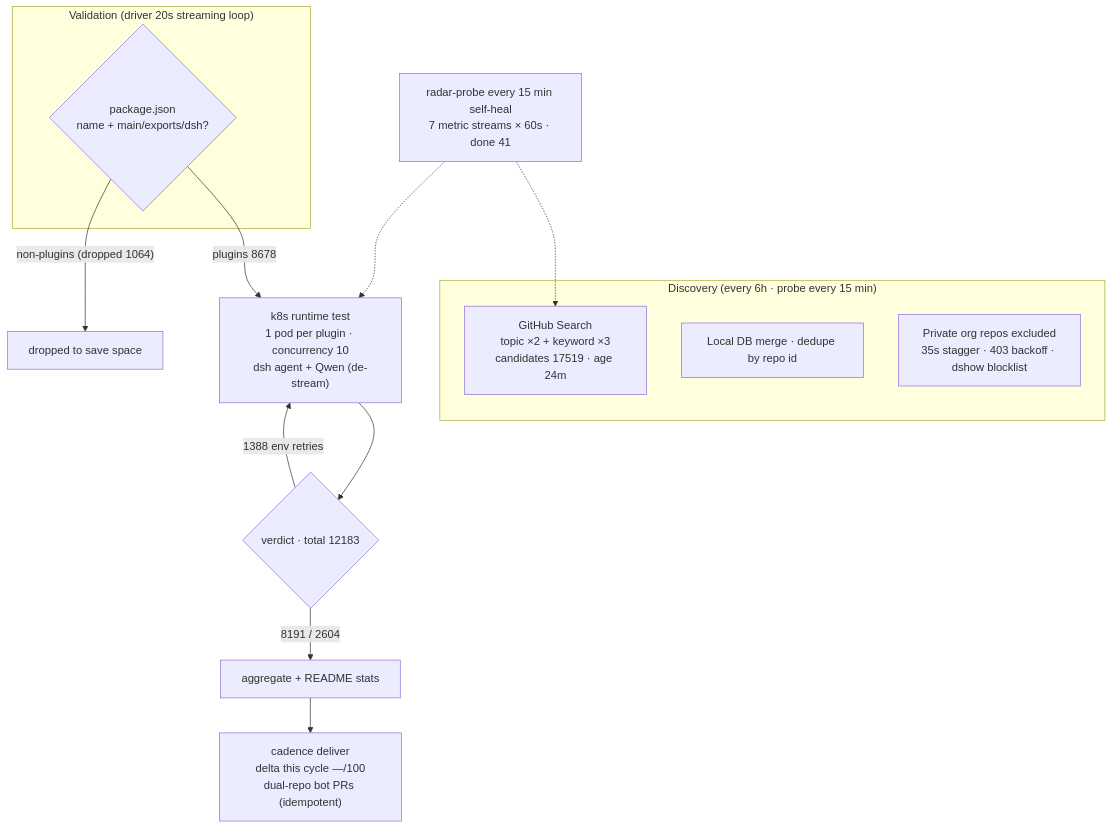
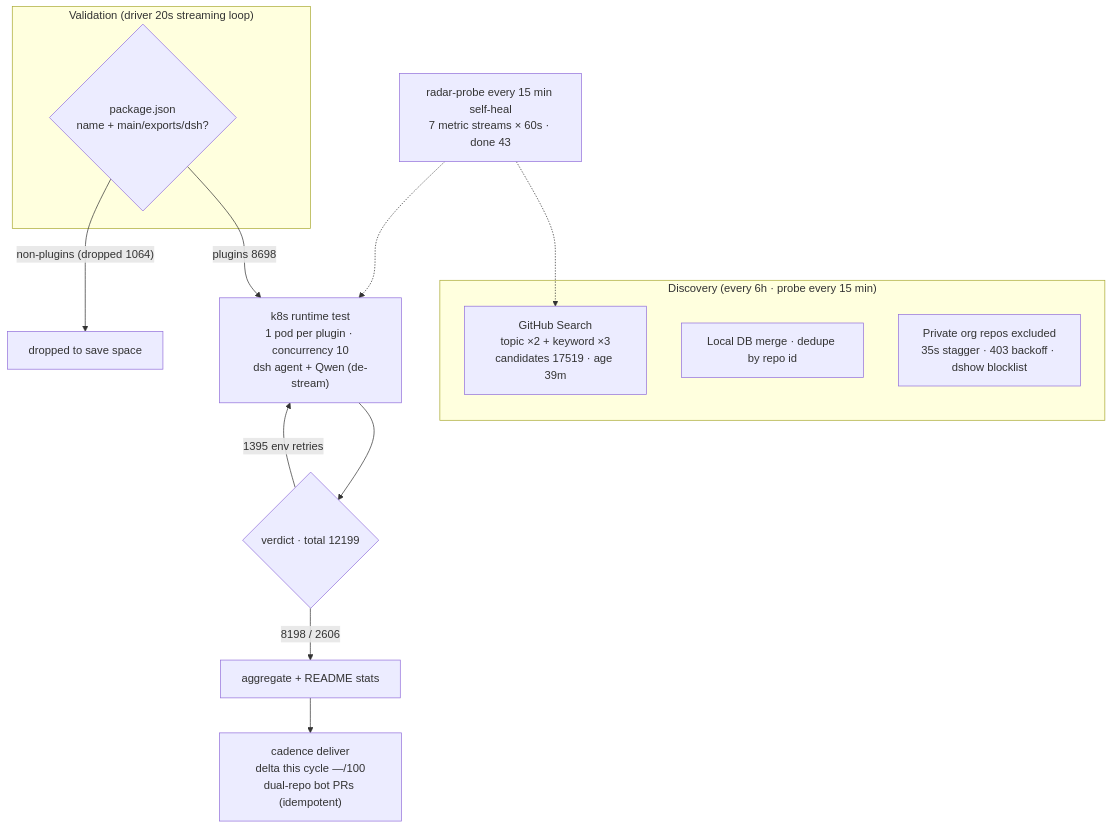
The diagram in README.en-US.md (AdamPlatin123/awesome-dsh-plugins), drawn with Mermaid before and after one commit. The commit also changed other lines of this file and 5 other files, not shown here.

````diff
--- a/README.en-US.md
+++ b/README.en-US.md
@@ -45,20 +45,20 @@
 ```mermaid
 flowchart TB
     subgraph Discovery["Discovery (every 6h · probe every 15 min)"]
-        A1["GitHub Search<br/>topic ×2 + keyword ×3<br/>candidates 17519 · age 24m"]
+        A1["GitHub Search<br/>topic ×2 + keyword ×3<br/>candidates 17519 · age 39m"]
         A2["Local DB merge · dedupe by repo id"]
         A3["Private org repos excluded<br/>35s stagger · 403 backoff · dshow blocklist"]
     end
     subgraph Validation["Validation (driver 20s streaming loop)"]
         B1{"package.json<br/>name + main/exports/dsh?"}
     end
-    B1 -->|"plugins 8678"| C1["k8s runtime test<br/>1 pod per plugin · concurrency 10<br/>dsh agent + Qwen (de-stream)"]
+    B1 -->|"plugins 8698"| C1["k8s runtime test<br/>1 pod per plugin · concurrency 10<br/>dsh agent + Qwen (de-stream)"]
     B1 -->|"non-plugins (dropped 1064)"| B3["dropped to save space"]
-    C1 --> D1{"verdict · total 12183"}
-    D1 -->|"8191 / 2604"| E1["aggregate + README stats"]
-    D1 -->|"1388 env retries"| C1
+    C1 --> D1{"verdict · total 12199"}
+    D1 -->|"8198 / 2606"| E1["aggregate + README stats"]
+    D1 -->|"1395 env retries"| C1
     E1 --> E2["cadence deliver<br/>delta this cycle —/100<br/>dual-repo bot PRs (idempotent)"]
-    M["radar-probe every 15 min self-heal<br/>7 metric streams × 60s · done 41"]
+    M["radar-probe every 15 min self-heal<br/>7 metric streams × 60s · done 43"]
     M -.-> A1
     M -.-> C1
 ```
````
